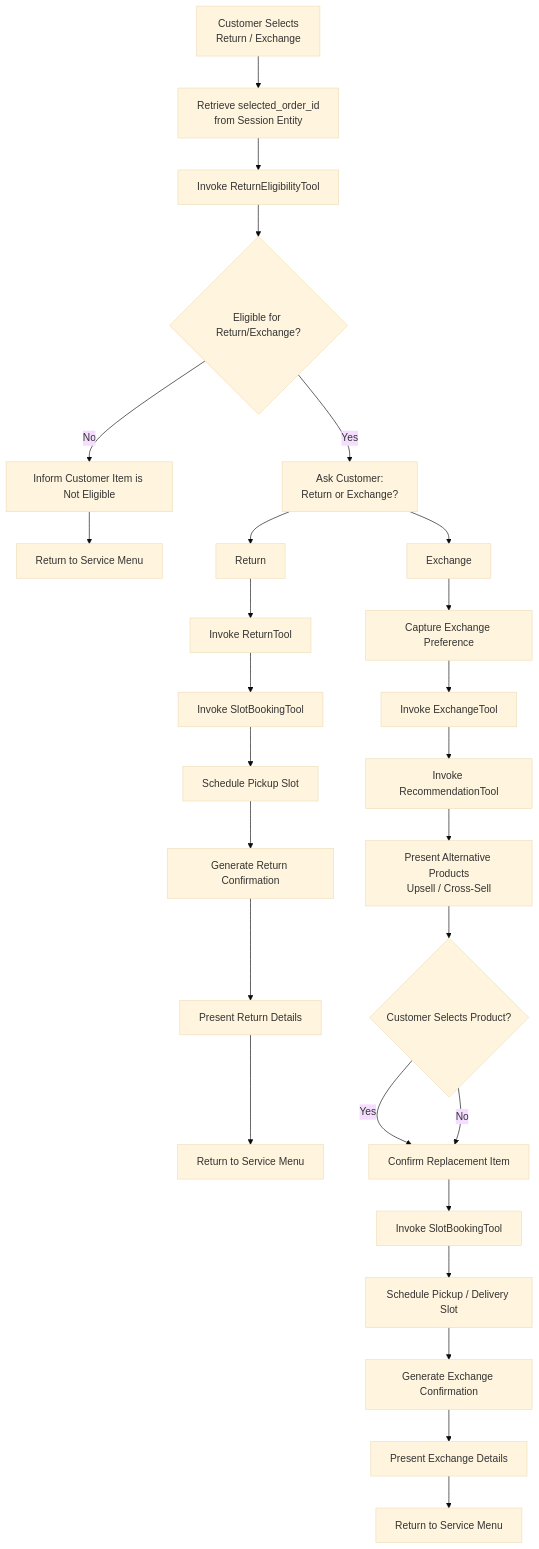
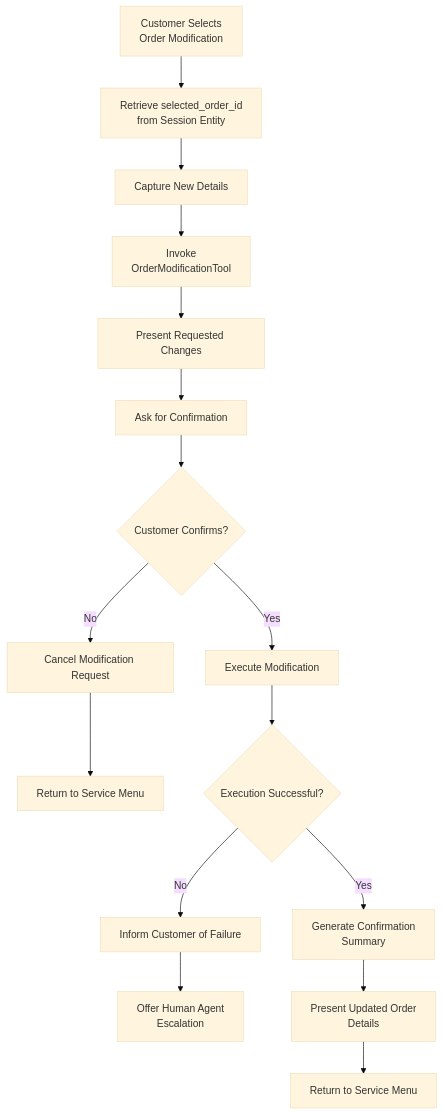
Before and after one commit to anshikasaini12/retail-cx-voice-agent-gcp: the third of 6 diagrams in docs/02_conversational_architecture.md, drawn with Mermaid (base theme). The commit also changed other lines of this file, not shown here.

````diff
--- a/docs/02_conversational_architecture.md
+++ b/docs/02_conversational_architecture.md
@@ -164,61 +164,18 @@
 ```mermaid
-flowchart TD
-
-A[Customer Selects<br/>Return / Exchange]
-
---> B[Retrieve selected_order_id<br/>from Session Entity]
-
---> C[Invoke ReturnEligibilityTool]
-
---> D{Eligible for Return/Exchange?}
-
-D -- No --> E[Inform Customer Item is Not Eligible]
-
-E --> F[Return to Service Menu]
-
-D -- Yes --> G[Ask Customer:<br/>Return or Exchange?]
-
-%% RETURN FLOW
-
-G --> H[Return]
-
-H --> I[Invoke ReturnTool]
-
-I --> J[Invoke SlotBookingTool]
-
-J --> K[Schedule Pickup Slot]
-
-K --> L[Generate Return Confirmation]
-
-L --> M[Present Return Details]
-
-M --> N[Return to Service Menu]
-
-%% EXCHANGE FLOW
-
-G --> O[Exchange]
-
-O --> P[Capture Exchange Preference]
-
-P --> Q[Invoke ExchangeTool]
-
-Q --> R[Invoke RecommendationTool]
-
-R --> S[Present Alternative Products<br/>Upsell / Cross-Sell]
-
-S --> T{Customer Selects Product?}
-
-T -- Yes --> U[Confirm Replacement Item]
-
-T -- No --> U
-
-U --> V[Invoke SlotBookingTool]
-
-V --> W[Schedule Pickup / Delivery Slot]
-
-W --> X[Generate Exchange Confirmation]
-
-X --> Y[Present Exchange Details]
-
-Y --> Z[Return to Service Menu]
+flowchart TB
+    A["Customer Selects<br>Order Modification"] --> B["Retrieve selected_order_id<br>from Session Entity"]
+    G["Capture New Details"] --> H["Invoke <br/>OrderModificationTool"]
+    L["Present Requested Changes"] --> M["Ask for Confirmation"]
+    M --> N{"Customer Confirms?"}
+    N -- No --> O["Cancel Modification Request"]
+    O --> K["Return to Service Menu"]
+    N -- Yes --> P["Execute Modification"]
+    P --> Q{"Execution Successful?"}
+    Q -- No --> R["Inform Customer of Failure"]
+    R --> S["Offer Human Agent <br/>Escalation"]
+    Q -- Yes --> T["Generate Confirmation <br/> Summary"]
+    T --> U["Present Updated Order <br/>Details"]
+    U --> V["Return to Service Menu"]
+    B --> G
+    H --> L
 ```
````
